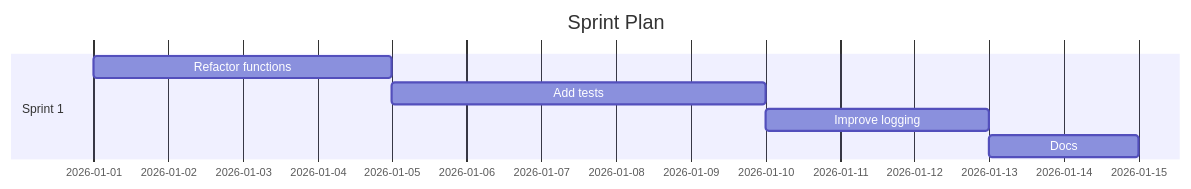
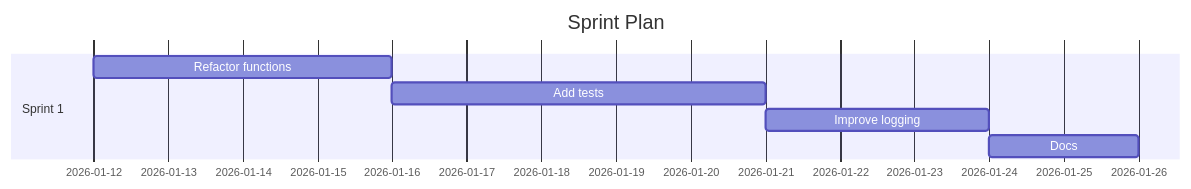
The diagram in demos/demo-code-analysis.sprint.md (Anselmoo/mcp-ai-agent-guidelines), drawn with Mermaid before and after one commit. The commit also changed other lines of this file and 20 other files, not shown here.

````diff
--- a/demos/demo-code-analysis.sprint.md
+++ b/demos/demo-code-analysis.sprint.md
@@ -59,11 +59,11 @@
 ```mermaid
 gantt
 	dateFormat  YYYY-MM-DD
 	title Sprint Plan
 %% Accessibility: Title=Project Sprint Plan; Description=Gantt chart of sprints and tasks over time. %%
   section Sprint 1
-  Refactor functions :s1t0, 2026-01-01, 4d
-  Add tests :s1t1, 2026-01-05, 5d
-  Improve logging :s1t2, 2026-01-10, 3d
-  Docs :s1t3, 2026-01-13, 2d
+  Refactor functions :s1t0, 2026-01-12, 4d
+  Add tests :s1t1, 2026-01-16, 5d
+  Improve logging :s1t2, 2026-01-21, 3d
+  Docs :s1t3, 2026-01-24, 2d
 ```
````
